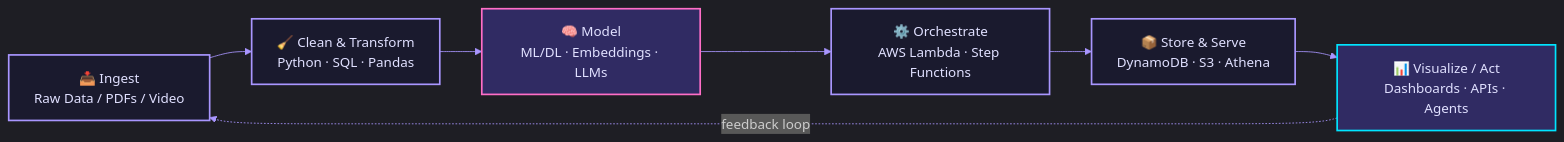
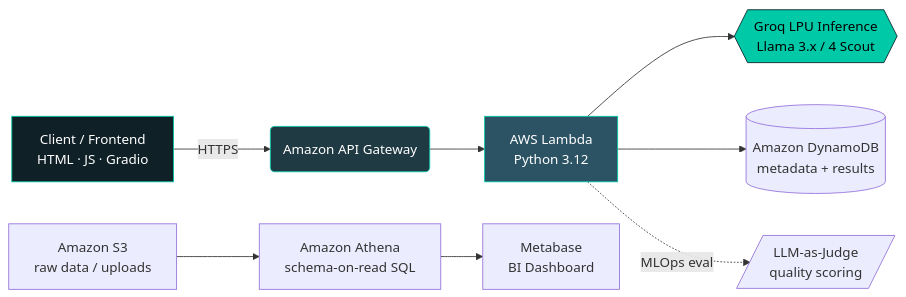
One commit to Tanmay-Hadke/Tanmay-Hadke changed the diagram in README.md. Above: the diagram before and after it, drawn with Mermaid. The commit also changed other lines of this file, not shown here.

````diff
--- a/README.md
+++ b/README.md
@@ -52,17 +44,15 @@
 ```mermaid
-%%{init: {'theme': 'dark', 'themeVariables': { 'primaryColor': '#302b63', 'primaryTextColor': '#E0E0FF', 'primaryBorderColor': '#A996FF', 'lineColor': '#A996FF', 'secondaryColor': '#0f0c29', 'tertiaryColor': '#1a1a2e'}}}%%
 flowchart LR
-    A["📥 Ingest\nRaw Data / PDFs / Video"] --> B["🧹 Clean & Transform\nPython · SQL · Pandas"]
-    B --> C["🧠 Model\nML/DL · Embeddings · LLMs"]
-    C --> D["⚙️ Orchestrate\nAWS Lambda · Step Functions"]
-    D --> E["📦 Store & Serve\nDynamoDB · S3 · Athena"]
-    E --> F["📊 Visualize / Act\nDashboards · APIs · Agents"]
-    F -.feedback loop.-> A
+    A[Client / Frontend<br/>HTML · JS · Gradio] -->|HTTPS| B(Amazon API Gateway)
+    B --> C[AWS Lambda<br/>Python 3.12]
+    C --> D{{Groq LPU Inference<br/>Llama 3.x / 4 Scout}}
+    C --> E[(Amazon DynamoDB<br/>metadata + results)]
+    F[Amazon S3<br/>raw data / uploads] --> G[Amazon Athena<br/>schema-on-read SQL]
+    G --> H[Metabase<br/>BI Dashboard]
+    C -.->|MLOps eval| I[/LLM-as-Judge<br/>quality scoring/]
 
-    style A fill:#1a1a2e,stroke:#A996FF,stroke-width:2px,color:#E0E0FF
-    style B fill:#1a1a2e,stroke:#A996FF,stroke-width:2px,color:#E0E0FF
-    style C fill:#302b63,stroke:#FF6EC7,stroke-width:2px,color:#E0E0FF
-    style D fill:#1a1a2e,stroke:#A996FF,stroke-width:2px,color:#E0E0FF
-    style E fill:#1a1a2e,stroke:#A996FF,stroke-width:2px,color:#E0E0FF
-    style F fill:#302b63,stroke:#00E5FF,stroke-width:2px,color:#E0E0FF
+    style A fill:#0F2027,stroke:#00C9A7,color:#fff
+    style C fill:#2C5364,stroke:#00C9A7,color:#fff
+    style D fill:#00C9A7,stroke:#0F2027,color:#000
+    style B fill:#203A43,stroke:#00C9A7,color:#fff
 ```
````
